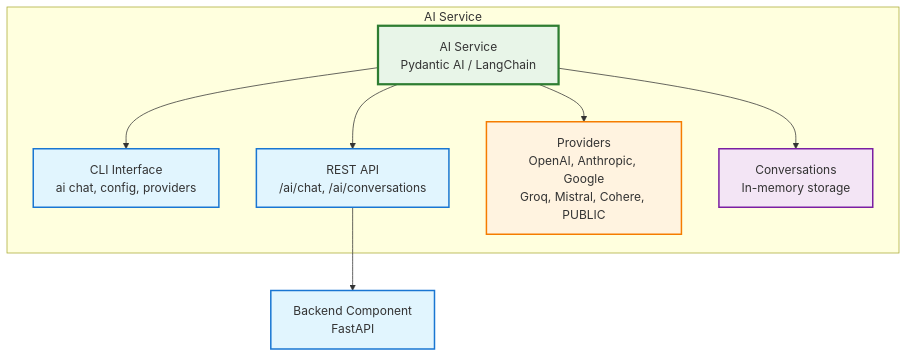
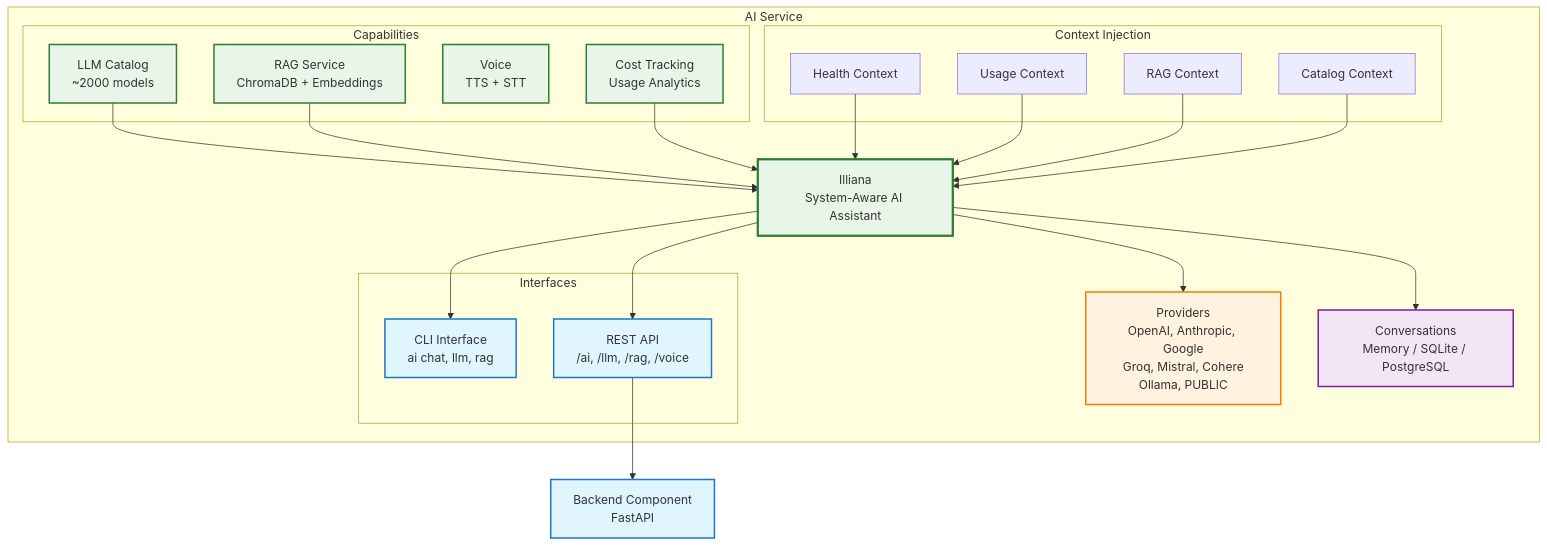
The diagram in docs/services/ai/index.md (bhardwajRahul/aegis-stack), drawn with Mermaid before and after one commit. The commit also changed other lines of this file and 9 other files, not shown here.

````diff
--- a/docs/services/ai/index.md
+++ b/docs/services/ai/index.md
@@ -32,26 +83,54 @@
 ```mermaid
 graph TB
     subgraph "AI Service"
-        AIService[AI Service<br/>Pydantic AI / LangChain]
+        Illiana[Illiana<br/>System-Aware AI Assistant]
 
-        CLI[CLI Interface<br/>ai chat, config, providers]
-        API[REST API<br/>/ai/chat, /ai/conversations]
-        Providers[Providers<br/>OpenAI, Anthropic, Google<br/>Groq, Mistral, Cohere, PUBLIC]
-        Conv[Conversations<br/>In-memory storage]
+        subgraph "Interfaces"
+            CLI[CLI Interface<br/>ai chat, llm, rag]
+            API[REST API<br/>/ai, /llm, /rag, /voice]
+        end
+
+        subgraph "Capabilities"
+            Catalog[LLM Catalog<br/>~2000 models]
+            RAG[RAG Service<br/>ChromaDB + Embeddings]
+            Voice[Voice<br/>TTS + STT]
+            Usage[Cost Tracking<br/>Usage Analytics]
+        end
+
+        subgraph "Context Injection"
+            Health[Health Context]
+            UsageCtx[Usage Context]
+            RAGCtx[RAG Context]
+            CatalogCtx[Catalog Context]
+        end
+
+        Providers[Providers<br/>OpenAI, Anthropic, Google<br/>Groq, Mistral, Cohere<br/>Ollama, PUBLIC]
+        Conv[Conversations<br/>Memory / SQLite / PostgreSQL]
     end
 
     Backend[Backend Component<br/>FastAPI]
 
-    AIService --> CLI
-    AIService --> API
-    AIService --> Providers
-    AIService --> Conv
+    Illiana --> CLI
+    Illiana --> API
+    Illiana --> Providers
+    Illiana --> Conv
+    Catalog --> Illiana
+    RAG --> Illiana
+    Usage --> Illiana
+    Health --> Illiana
+    UsageCtx --> Illiana
+    RAGCtx --> Illiana
+    CatalogCtx --> Illiana
     API --> Backend
 
-    style AIService fill:#e8f5e8,stroke:#2e7d32,stroke-width:3px
+    style Illiana fill:#e8f5e8,stroke:#2e7d32,stroke-width:3px
     style CLI fill:#e1f5fe,stroke:#1976d2,stroke-width:2px
     style API fill:#e1f5fe,stroke:#1976d2,stroke-width:2px
     style Providers fill:#fff3e0,stroke:#f57c00,stroke-width:2px
     style Conv fill:#f3e5f5,stroke:#7b1fa2,stroke-width:2px
+    style Catalog fill:#e8f5e8,stroke:#2e7d32,stroke-width:2px
+    style RAG fill:#e8f5e8,stroke:#2e7d32,stroke-width:2px
+    style Voice fill:#e8f5e8,stroke:#2e7d32,stroke-width:2px
+    style Usage fill:#e8f5e8,stroke:#2e7d32,stroke-width:2px
     style Backend fill:#e1f5fe,stroke:#1976d2,stroke-width:2px
 ```
````
